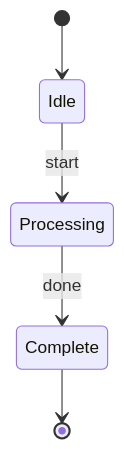
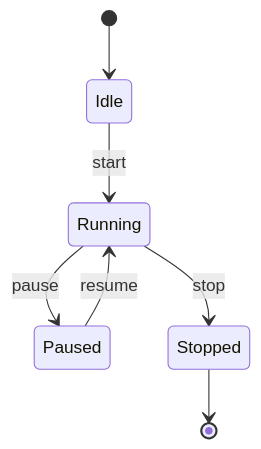
The seventh of 29 diagrams in docs/syntax/diagrams.md (elastic/docs-builder), drawn with Mermaid before and after one commit. The commit also changed other lines of this file and 9 other files, not shown here.

First line of the commit message:
Replace Beautiful Mermaid with Mermaider for server-side diagram rendering (#2838)

````diff
--- a/docs/syntax/diagrams.md
+++ b/docs/syntax/diagrams.md
@@ -109,7 +175,9 @@
 ```mermaid
 stateDiagram-v2
     [*] --> Idle
-    Idle --> Processing: start
-    Processing --> Complete: done
-    Complete --> [*]
+    Idle --> Running: start
+    Running --> Paused: pause
+    Paused --> Running: resume
+    Running --> Stopped: stop
+    Stopped --> [*]
 ```
````
